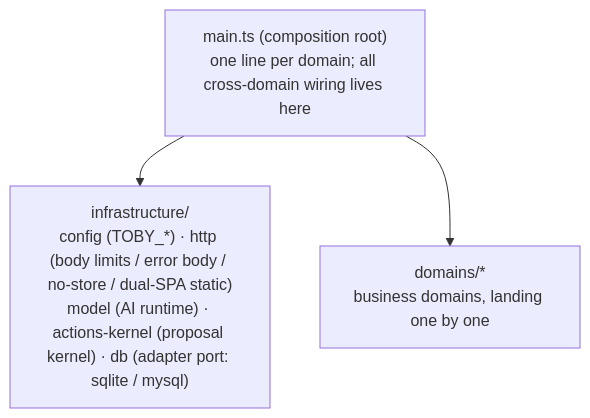
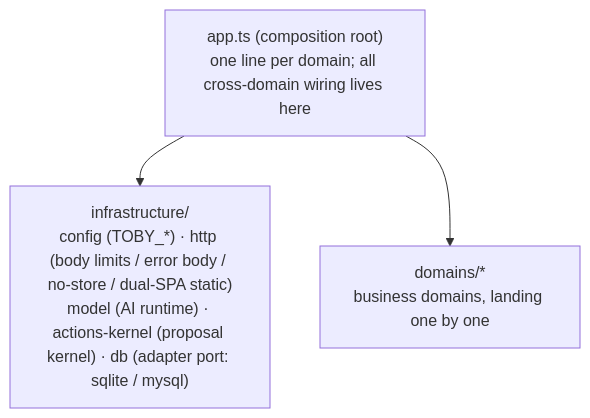
One commit to dengyusys/toby changed the third of 3 diagrams in docs/system-overview.md. Above: the diagram before and after it, drawn with Mermaid. The commit also changed other lines of this file and 21 other files, not shown here.

````diff
--- a/docs/system-overview.md
+++ b/docs/system-overview.md
@@ -114,8 +114,8 @@
 ```mermaid
 flowchart TB
-    BOOT["main.ts (composition root)<br/>one line per domain; all cross-domain wiring lives here"]
+    BOOT["app.ts (composition root)<br/>one line per domain; all cross-domain wiring lives here"]
     INFRA["infrastructure/<br/>config (TOBY_*) · http (body limits / error body / no-store / dual-SPA static)<br/>model (AI runtime) · actions-kernel (proposal kernel) · db (adapter port: sqlite / mysql)"]
     DOM["domains/*<br/>business domains, landing one by one"]
     BOOT --> INFRA
     BOOT --> DOM
 ```
````
